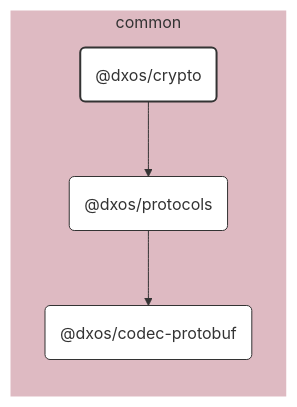
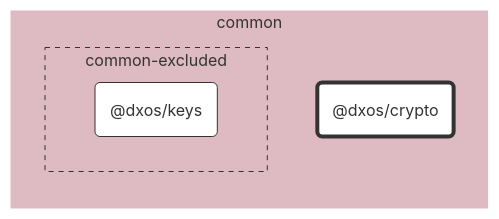
The diagram in packages/common/crypto/docs/README.md (dxos/dxos), drawn with Mermaid before and after one commit. The commit also changed other lines of this file and 683 other files, not shown here.

````diff
--- a/packages/common/crypto/docs/README.md
+++ b/packages/common/crypto/docs/README.md
@@ -7,33 +7,26 @@
 ```mermaid
 %%{ init: {'flowchart':{'curve':'basis'}} }%%
 
 flowchart LR
 
-%% Links
-dxos/crypto --> dxos/protocols;
-dxos/protocols --> dxos/codec-protobuf;
+%% Classes
+classDef def fill:#fff,stroke:#333,stroke-width:1px
+classDef root fill:#fff,stroke:#333,stroke-width:4px
 
-%% Sections
-subgraph common
-  style common fill:#debac2,stroke:#fff;
+%% Nodes
 
-  dxos/codec-protobuf("@dxos/codec-protobuf")
-  dxos/crypto("@dxos/crypto")
-  dxos/protocols("@dxos/protocols")
+subgraph common [common]
+  style common fill:#debac2,stroke:#fff
+  dxos/crypto("@dxos/crypto"):::root
+  click dxos/crypto "dxos/dxos/tree/main/packages/common/crypto/docs"
+
+  subgraph common-excluded [common-excluded]
+    style common-excluded fill:#debac2,stroke:#333,stroke-dasharray:5 5
+    dxos/keys("@dxos/keys"):::def
+    click dxos/keys "dxos/dxos/tree/main/packages/common/keys/docs"
+  end
 end
 
-
-%% Hyperlinks
-click dxos/codec-protobuf "dxos/dxos/tree/main/packages/common/codec-protobuf/docs";
-click dxos/protocols "dxos/dxos/tree/main/packages/common/protocols/docs";
-
-%% Styles
-classDef rootNode fill:#fff,stroke:#333,stroke-width:2px
-classDef defaultNode fill:#fff,stroke:#333,stroke-width:1px
+%% Links
 linkStyle default stroke:#333,stroke-width:1px
-
-dxos/crypto:::rootNode
-
-dxos/codec-protobuf:::defaultNode
-dxos/protocols:::defaultNode
 ```
````
